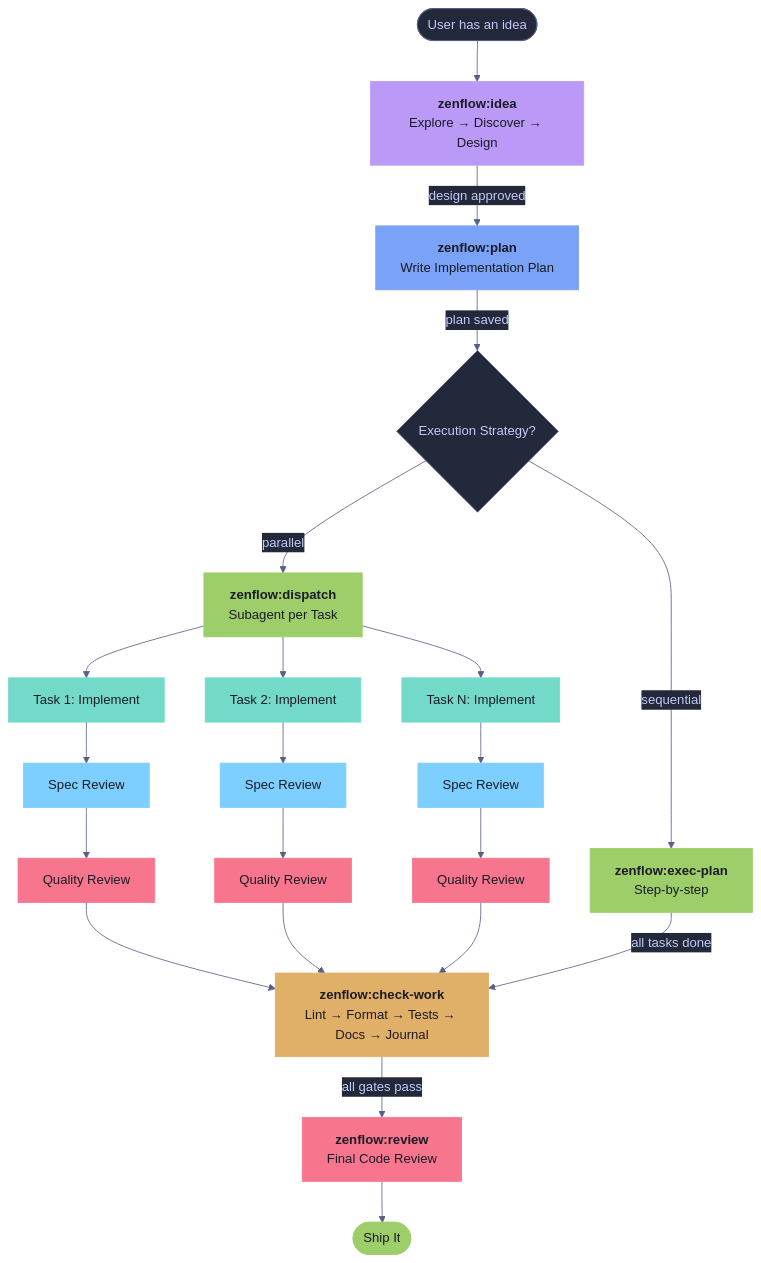
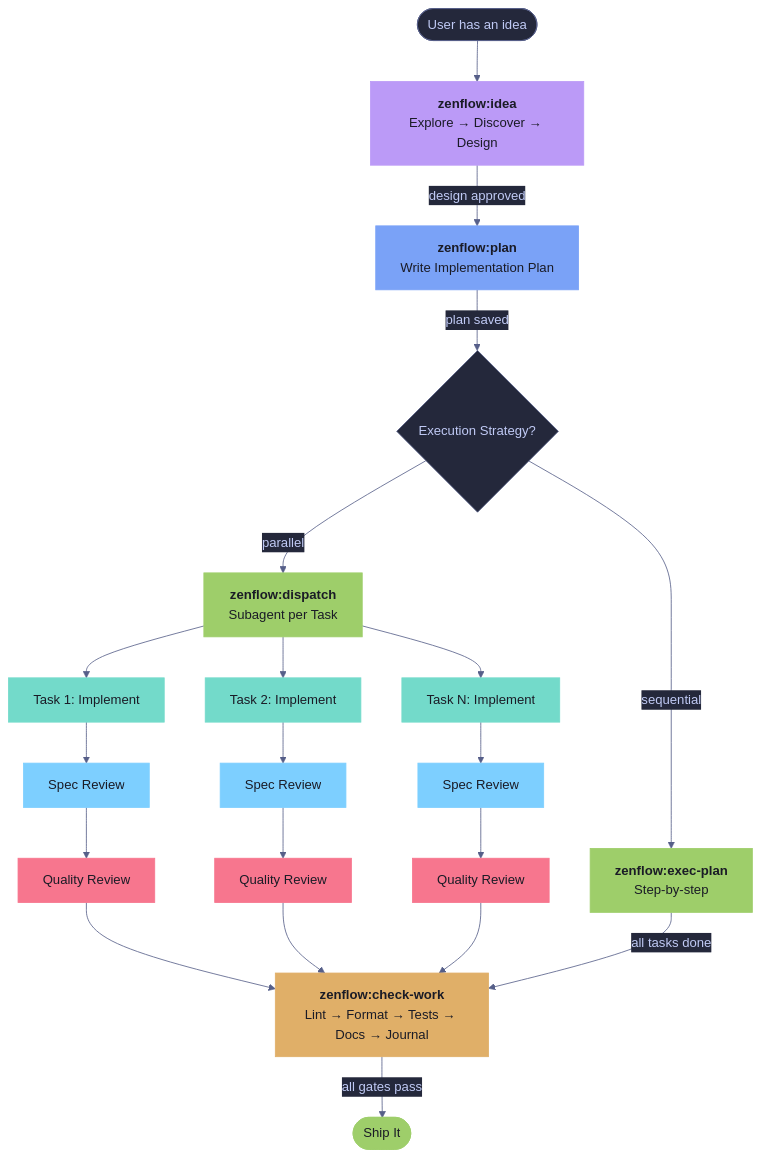
Before and after one commit to brewpirate/zen-flow: the second of 5 diagrams in plugins/zenflow/workflows.md, drawn with Mermaid. The commit also changed other lines of this file and 29 other files, not shown here.

````diff
--- a/plugins/zenflow/workflows.md
+++ b/plugins/zenflow/workflows.md
@@ -67,50 +60,47 @@
 ```mermaid
 %%{init: {'theme': 'base', 'themeVariables': { 'primaryColor': '#1a1b26', 'primaryTextColor': '#c0caf5', 'lineColor': '#565f89', 'secondaryColor': '#24283b', 'tertiaryColor': '#24283b' }}}%%
 flowchart TD
     start([User has an idea]) --> idea
     idea["<b>zenflow:idea</b><br/>Explore → Discover → Design"]
     idea -->|design approved| plan
     plan["<b>zenflow:plan</b><br/>Write Implementation Plan"]
     plan -->|"plan saved"| choose{Execution Strategy?}
     choose -->|parallel| dispatch["<b>zenflow:dispatch</b><br/>Subagent per Task"]
     choose -->|sequential| execplan["<b>zenflow:exec-plan</b><br/>Step-by-step"]
 
     dispatch --> task1["Task 1: Implement"]
     dispatch --> task2["Task 2: Implement"]
     dispatch --> taskN["Task N: Implement"]
     task1 --> specrev1["Spec Review"]
     task2 --> specrev2["Spec Review"]
     taskN --> specrevN["Spec Review"]
     specrev1 --> qualrev1["Quality Review"]
     specrev2 --> qualrev2["Quality Review"]
     specrevN --> qualrevN["Quality Review"]
     qualrev1 --> check
     qualrev2 --> check
     qualrevN --> check
 
     execplan -->|"all tasks done"| check
 
     check["<b>zenflow:check-work</b><br/>Lint → Format → Tests → Docs → Journal"]
-    check -->|"all gates pass"| review
-    review["<b>zenflow:review</b><br/>Final Code Review"]
-    review --> done([Ship It])
+    check -->|"all gates pass"| done([Ship It])
 
     style start fill:#24283b,color:#c0caf5,stroke:#565f89
     style idea fill:#bb9af7,color:#1a1b26,stroke:#bb9af7
     style plan fill:#7aa2f7,color:#1a1b26,stroke:#7aa2f7
     style choose fill:#24283b,color:#c0caf5,stroke:#565f89
     style dispatch fill:#9ece6a,color:#1a1b26,stroke:#9ece6a
     style execplan fill:#9ece6a,color:#1a1b26,stroke:#9ece6a
     style task1 fill:#73daca,color:#1a1b26,stroke:#73daca
     style task2 fill:#73daca,color:#1a1b26,stroke:#73daca
     style taskN fill:#73daca,color:#1a1b26,stroke:#73daca
     style specrev1 fill:#7dcfff,color:#1a1b26,stroke:#7dcfff
     style specrev2 fill:#7dcfff,color:#1a1b26,stroke:#7dcfff
     style specrevN fill:#7dcfff,color:#1a1b26,stroke:#7dcfff
     style qualrev1 fill:#f7768e,color:#1a1b26,stroke:#f7768e
     style qualrev2 fill:#f7768e,color:#1a1b26,stroke:#f7768e
     style qualrevN fill:#f7768e,color:#1a1b26,stroke:#f7768e
     style check fill:#e0af68,color:#1a1b26,stroke:#e0af68
-    style review fill:#f7768e,color:#1a1b26,stroke:#f7768e
     style done fill:#9ece6a,color:#1a1b26,stroke:#9ece6a
 ```
````
